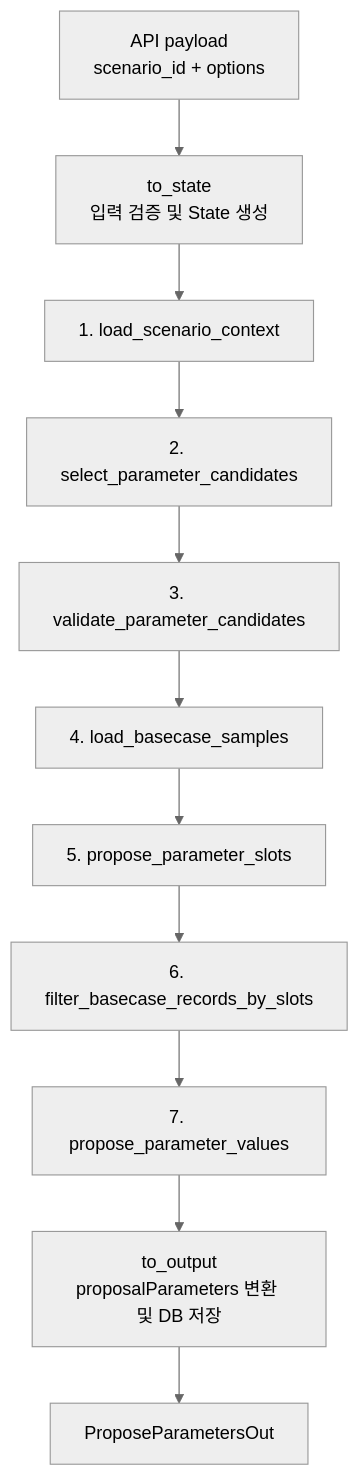
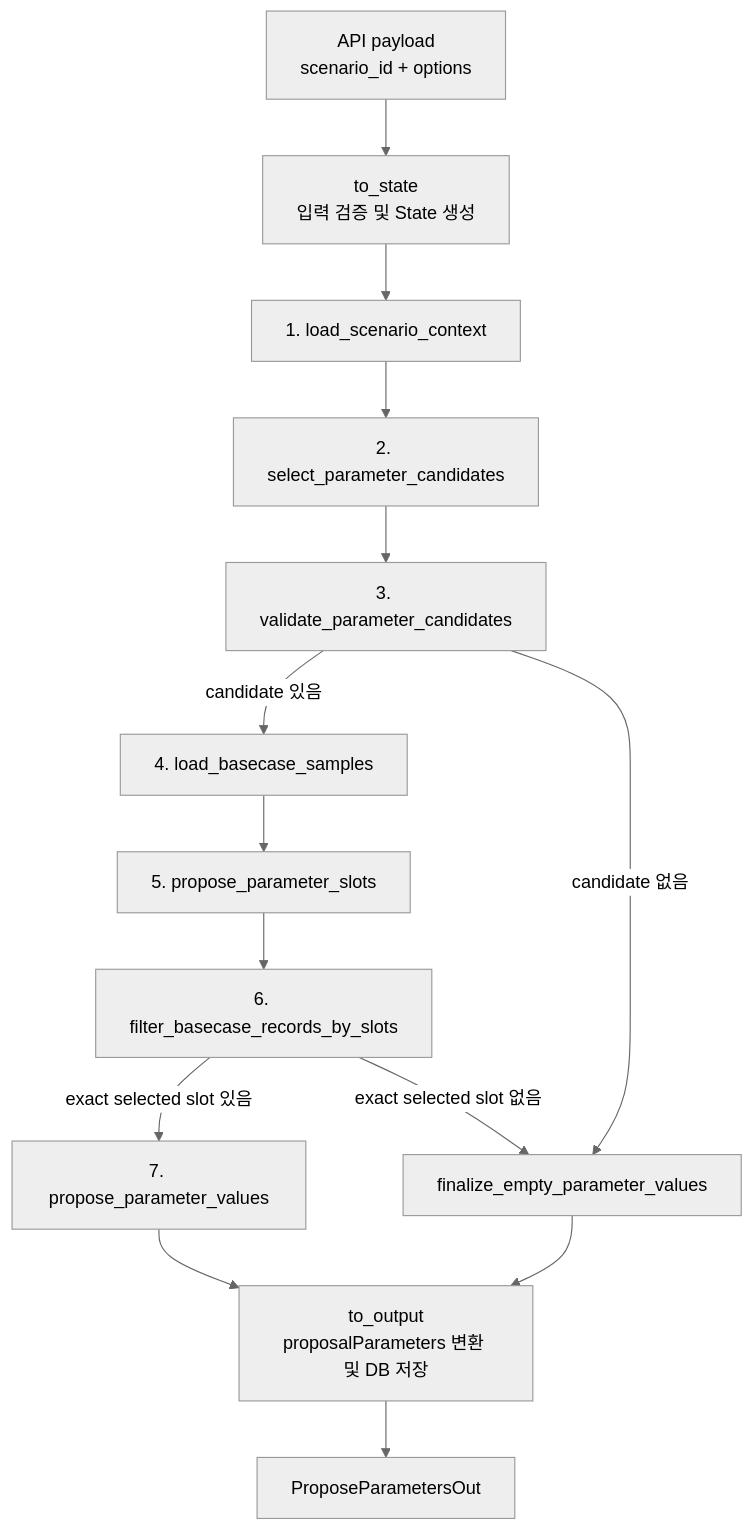
Before and after one commit to enkhbaatarL/skmip-mi-agent: the first of 2 diagrams in apps/agents/model_parameter_agent/docs/MODEL_PARAMETER_AGENT_FLOW.md, drawn with Mermaid (neutral theme). The commit also changed other lines of this file and 10 other files, not shown here.

Commit message:
feat(model-parameter): integrate exact LUT proposal pipeline

````diff
--- a/apps/agents/model_parameter_agent/docs/MODEL_PARAMETER_AGENT_FLOW.md
+++ b/apps/agents/model_parameter_agent/docs/MODEL_PARAMETER_AGENT_FLOW.md
@@ -23,13 +25,16 @@
 ```mermaid
 flowchart TD
     A[API payload<br/>scenario_id + options] --> B[to_state<br/>입력 검증 및 State 생성]
     B --> C[1. load_scenario_context]
     C --> D[2. select_parameter_candidates]
     D --> E[3. validate_parameter_candidates]
-    E --> F[4. load_basecase_samples]
+    E -->|candidate 있음| F[4. load_basecase_samples]
+    E -->|candidate 없음| X[finalize_empty_parameter_values]
     F --> G[5. propose_parameter_slots]
     G --> H[6. filter_basecase_records_by_slots]
-    H --> I[7. propose_parameter_values]
+    H -->|exact selected slot 있음| I[7. propose_parameter_values]
+    H -->|exact selected slot 없음| X
     I --> J[to_output<br/>proposalParameters 변환 및 DB 저장]
+    X --> J
     J --> K[ProposeParametersOut]
 ```
````
